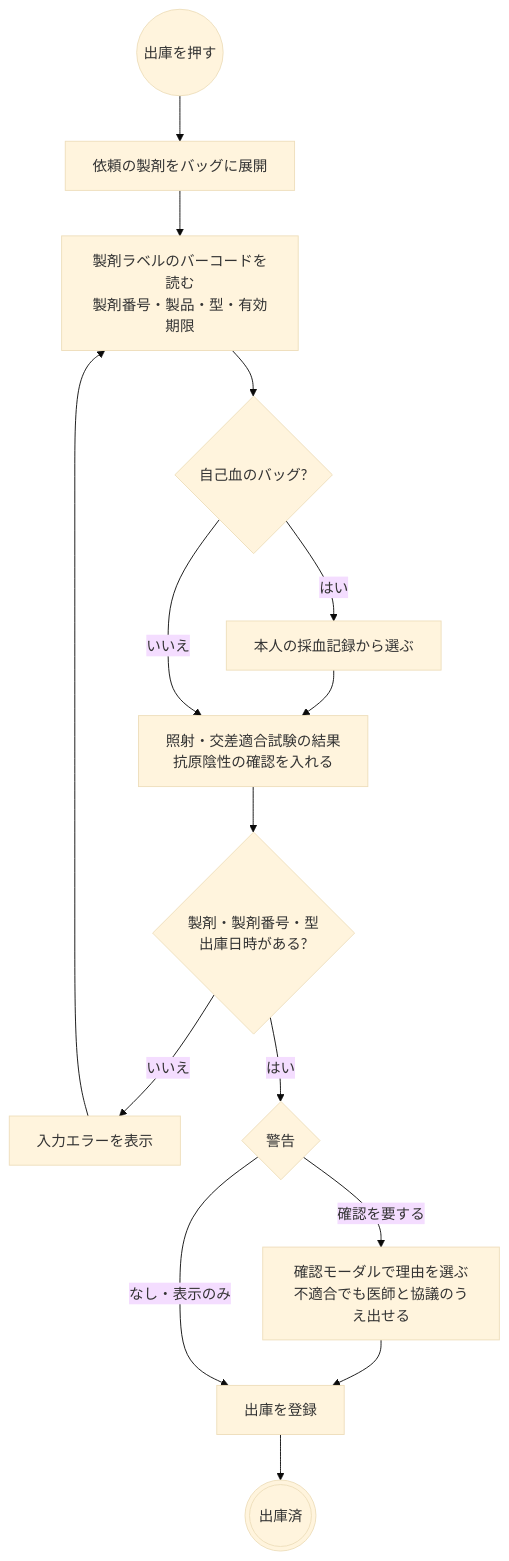
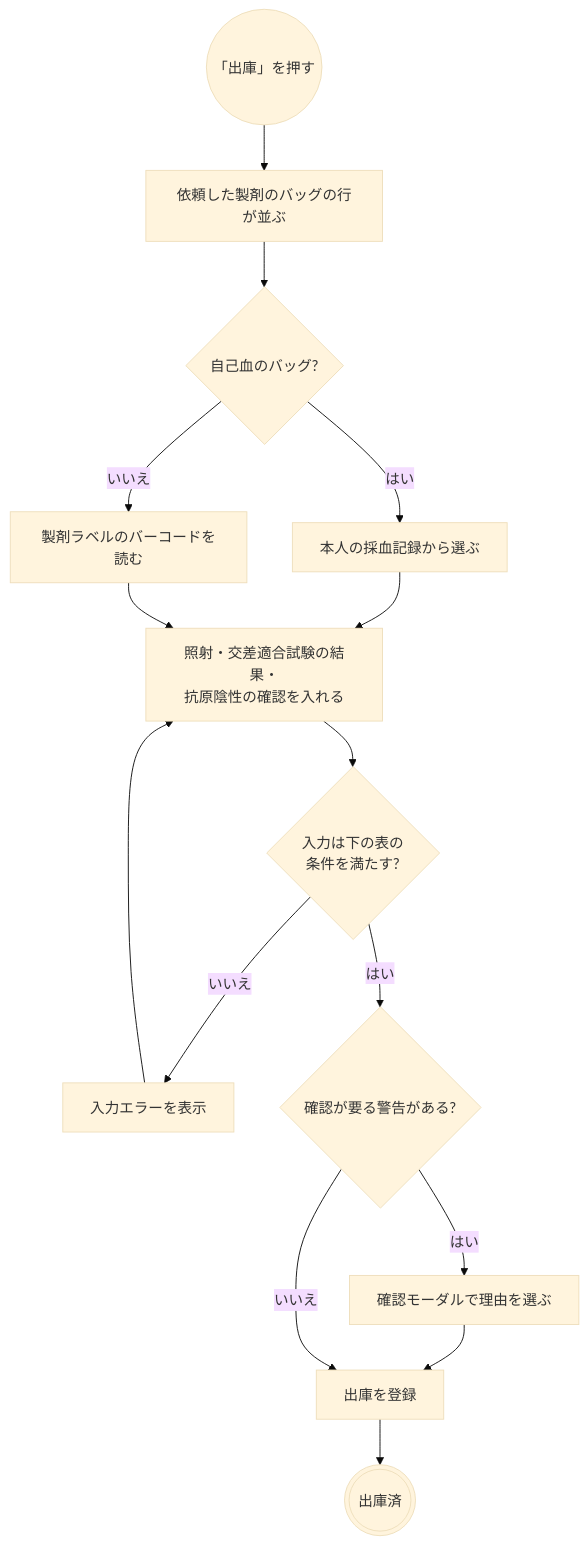
The third of 16 diagrams in docs/order-flows/transfusion.md (ysnr-dev/fhir-client), drawn with Mermaid (base theme) before and after one commit. The commit also changed other lines of this file and 14 other files, not shown here.

Commit message:
docs: 業務フローに書き方の決まりを追加し図と用語を整理

````diff
--- a/docs/order-flows/transfusion.md
+++ b/docs/order-flows/transfusion.md
@@ -129,25 +189,25 @@
 ```mermaid
 flowchart TD
-  open(("出庫を押す"))
-  bags["依頼の製剤をバッグに展開"]
-  scan["製剤ラベルのバーコードを読む<br/>製剤番号・製品・型・有効期限"]
+  open(("「出庫」を押す"))
+  bags["依頼した製剤のバッグの行が並ぶ"]
   autoBag{"自己血のバッグ?"}
   pick["本人の採血記録から選ぶ"]
-  manual["照射・交差適合試験の結果<br/>抗原陰性の確認を入れる"]
-  valid{"製剤・製剤番号・型<br/>出庫日時がある?"}
+  scan["製剤ラベルのバーコードを読む"]
+  manual["照射・交差適合試験の結果・<br/>抗原陰性の確認を入れる"]
+  valid{"入力は下の表の<br/>条件を満たす?"}
   validError["入力エラーを表示"]
-  check{"警告"}
-  confirm["確認モーダルで理由を選ぶ<br/>不適合でも医師と協議のうえ出せる"]
+  check{"確認が要る警告がある?"}
+  confirm["確認モーダルで理由を選ぶ"]
   save["出庫を登録"]
   done((("出庫済")))
 
-  open --> bags --> scan --> autoBag
+  open --> bags --> autoBag
   autoBag -- "はい" --> pick --> manual
-  autoBag -- "いいえ" --> manual
+  autoBag -- "いいえ" --> scan --> manual
   manual --> valid
-  valid -- "いいえ" --> validError --> scan
+  valid -- "いいえ" --> validError --> manual
   valid -- "はい" --> check
-  check -- "確認を要する" --> confirm --> save
-  check -- "なし・表示のみ" --> save
+  check -- "はい" --> confirm --> save
+  check -- "いいえ" --> save
   save --> done
 ```
````
